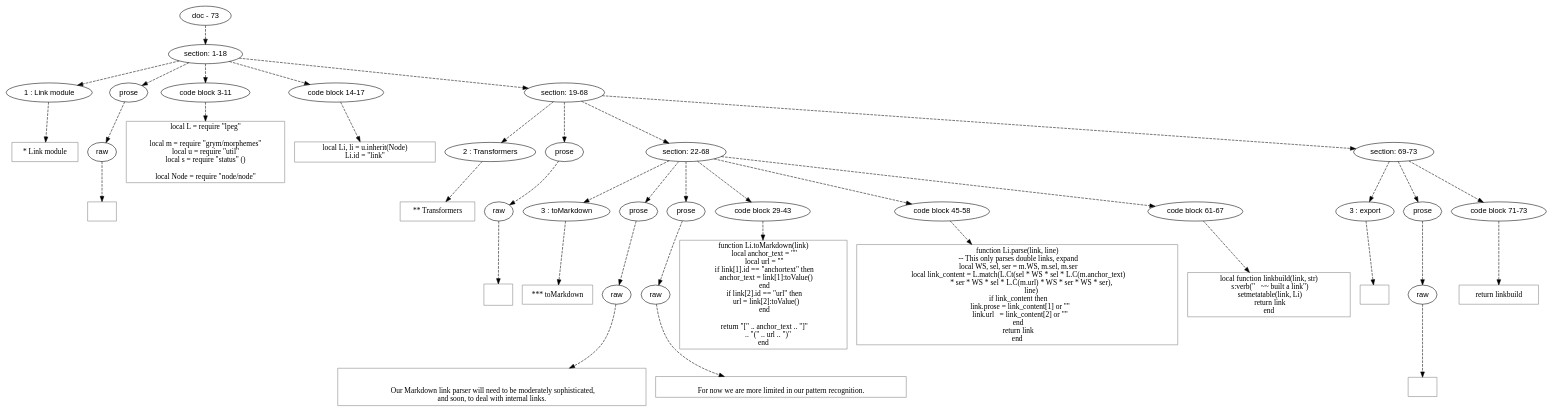
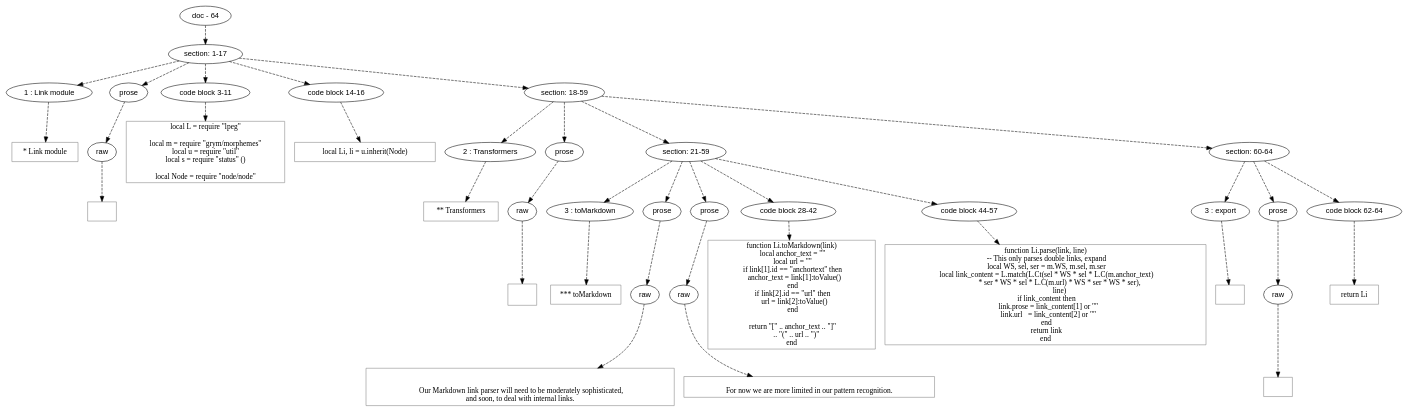
One commit to mnemnion/orb changed the diagram in doc/dot/grym/link.dot. Above: the diagram before and after it, drawn with Graphviz. The commit also changed 21 other files, not shown here.

```diff
--- a/doc/dot/grym/link.dot
+++ b/doc/dot/grym/link.dot
@@ -1,172 +1,163 @@
 digraph hierarchy {
 
 node [fontname=Helvetica]
 edge [style=dashed]
 
-doc_0 [label="doc - 73"]
+doc_0 [label="doc - 64"]
 
 
 doc_0 -> { section_1}
 {rank=same; section_1}
 
-section_1 [label="section: 1-18"]
+section_1 [label="section: 1-17"]
 
 
 section_1 -> { header_2 prose_3 codeblock_4 codeblock_5 section_6}
 {rank=same; header_2 prose_3 codeblock_4 codeblock_5 section_6}
 
 header_2 [label="1 : Link module"]
 
 prose_3 [label="prose"]
 
 codeblock_4 [label="code block 3-11"]
 
-codeblock_5 [label="code block 14-17"]
+codeblock_5 [label="code block 14-16"]
 
-section_6 [label="section: 19-68"]
+section_6 [label="section: 18-59"]
 
 
 header_2 -> leaf_7
 leaf_7  [color=Gray,shape=rectangle,fontname=Inconsolata,label="* Link module"]
 prose_3 -> { raw_8}
 {rank=same; raw_8}
 
 raw_8 [label="raw"]
 
 
 raw_8 -> leaf_9
 leaf_9  [color=Gray,shape=rectangle,fontname=Inconsolata,label="
 "]
 codeblock_4 -> leaf_10
 leaf_10  [color=Gray,shape=rectangle,fontname=Inconsolata,label="local L = require \"lpeg\"
 
 local m = require \"grym/morphemes\"
 local u = require \"util\"
 local s = require \"status\" ()
 
 local Node = require \"node/node\""]
 codeblock_5 -> leaf_11
-leaf_11  [color=Gray,shape=rectangle,fontname=Inconsolata,label="local Li, li = u.inherit(Node)
-Li.id = \"link\""]
+leaf_11  [color=Gray,shape=rectangle,fontname=Inconsolata,label="local Li, li = u.inherit(Node)"]
 section_6 -> { header_12 prose_13 section_14 section_15}
 {rank=same; header_12 prose_13 section_14 section_15}
 
 header_12 [label="2 : Transformers"]
 
 prose_13 [label="prose"]
 
-section_14 [label="section: 22-68"]
+section_14 [label="section: 21-59"]
 
-section_15 [label="section: 69-73"]
+section_15 [label="section: 60-64"]
 
 
 header_12 -> leaf_16
 leaf_16  [color=Gray,shape=rectangle,fontname=Inconsolata,label="** Transformers"]
 prose_13 -> { raw_17}
 {rank=same; raw_17}
 
 raw_17 [label="raw"]
 
 
 raw_17 -> leaf_18
 leaf_18  [color=Gray,shape=rectangle,fontname=Inconsolata,label="
 
 "]
-section_14 -> { header_19 prose_20 prose_21 codeblock_22 codeblock_23 codeblock_24}
-{rank=same; header_19 prose_20 prose_21 codeblock_22 codeblock_23 codeblock_24}
+section_14 -> { header_19 prose_20 prose_21 codeblock_22 codeblock_23}
+{rank=same; header_19 prose_20 prose_21 codeblock_22 codeblock_23}
 
 header_19 [label="3 : toMarkdown"]
 
 prose_20 [label="prose"]
 
 prose_21 [label="prose"]
 
-codeblock_22 [label="code block 29-43"]
+codeblock_22 [label="code block 28-42"]
 
-codeblock_23 [label="code block 45-58"]
-
-codeblock_24 [label="code block 61-67"]
+codeblock_23 [label="code block 44-57"]
 
 
-header_19 -> leaf_25
-leaf_25  [color=Gray,shape=rectangle,fontname=Inconsolata,label="*** toMarkdown"]
-prose_20 -> { raw_26}
-{rank=same; raw_26}
+header_19 -> leaf_24
+leaf_24  [color=Gray,shape=rectangle,fontname=Inconsolata,label="*** toMarkdown"]
+prose_20 -> { raw_25}
+{rank=same; raw_25}
 
-raw_26 [label="raw"]
+raw_25 [label="raw"]
 
 
-raw_26 -> leaf_27
-leaf_27  [color=Gray,shape=rectangle,fontname=Inconsolata,label="
+raw_25 -> leaf_26
+leaf_26  [color=Gray,shape=rectangle,fontname=Inconsolata,label="
 
   Our Markdown link parser will need to be moderately sophisticated,
 and soon, to deal with internal links. 
 "]
-prose_21 -> { raw_28}
-{rank=same; raw_28}
+prose_21 -> { raw_27}
+{rank=same; raw_27}
 
-raw_28 [label="raw"]
+raw_27 [label="raw"]
 
 
-raw_28 -> leaf_29
-leaf_29  [color=Gray,shape=rectangle,fontname=Inconsolata,label="
+raw_27 -> leaf_28
+leaf_28  [color=Gray,shape=rectangle,fontname=Inconsolata,label="
 For now we are more limited in our pattern recognition.
 "]
-codeblock_22 -> leaf_30
-leaf_30  [color=Gray,shape=rectangle,fontname=Inconsolata,label="function Li.toMarkdown(link)
+codeblock_22 -> leaf_29
+leaf_29  [color=Gray,shape=rectangle,fontname=Inconsolata,label="function Li.toMarkdown(link)
   local anchor_text = \"\"
   local url = \"\"
   if link[1].id == \"anchortext\" then
     anchor_text = link[1]:toValue()
   end
   if link[2].id == \"url\" then
     url = link[2]:toValue()
   end
 
   return \"[\" .. anchor_text .. \"]\"
       .. \"(\" .. url .. \")\"
 end"]
-codeblock_23 -> leaf_31
-leaf_31  [color=Gray,shape=rectangle,fontname=Inconsolata,label="function Li.parse(link, line)
+codeblock_23 -> leaf_30
+leaf_30  [color=Gray,shape=rectangle,fontname=Inconsolata,label="function Li.parse(link, line)
   -- This only parses double links, expand
   local WS, sel, ser = m.WS, m.sel, m.ser
   local link_content = L.match(L.Ct(sel * WS * sel * L.C(m.anchor_text)
                 * ser * WS * sel * L.C(m.url) * WS * ser * WS * ser),
                 line)
   if link_content then
     link.prose = link_content[1] or \"\"
     link.url   = link_content[2] or \"\"
   end
   return link
 end"]
-codeblock_24 -> leaf_32
-leaf_32  [color=Gray,shape=rectangle,fontname=Inconsolata,label="local function linkbuild(link, str)
-  s:verb(\"   ~~ built a link\")
-  setmetatable(link, Li)
-  return link
-end"]
-section_15 -> { header_33 prose_34 codeblock_35}
-{rank=same; header_33 prose_34 codeblock_35}
+section_15 -> { header_31 prose_32 codeblock_33}
+{rank=same; header_31 prose_32 codeblock_33}
 
-header_33 [label="3 : export"]
+header_31 [label="3 : export"]
 
-prose_34 [label="prose"]
+prose_32 [label="prose"]
 
-codeblock_35 [label="code block 71-73"]
+codeblock_33 [label="code block 62-64"]
 
 
-header_33 -> leaf_36
-leaf_36  [color=Gray,shape=rectangle,fontname=Inconsolata,label=""]
-prose_34 -> { raw_37}
-{rank=same; raw_37}
+header_31 -> leaf_34
+leaf_34  [color=Gray,shape=rectangle,fontname=Inconsolata,label=""]
+prose_32 -> { raw_35}
+{rank=same; raw_35}
 
-raw_37 [label="raw"]
+raw_35 [label="raw"]
 
 
-raw_37 -> leaf_38
-leaf_38  [color=Gray,shape=rectangle,fontname=Inconsolata,label="
+raw_35 -> leaf_36
+leaf_36  [color=Gray,shape=rectangle,fontname=Inconsolata,label="
 "]
-codeblock_35 -> leaf_39
-leaf_39  [color=Gray,shape=rectangle,fontname=Inconsolata,label="return linkbuild"]
+codeblock_33 -> leaf_37
+leaf_37  [color=Gray,shape=rectangle,fontname=Inconsolata,label="return Li"]
 
 }
```
